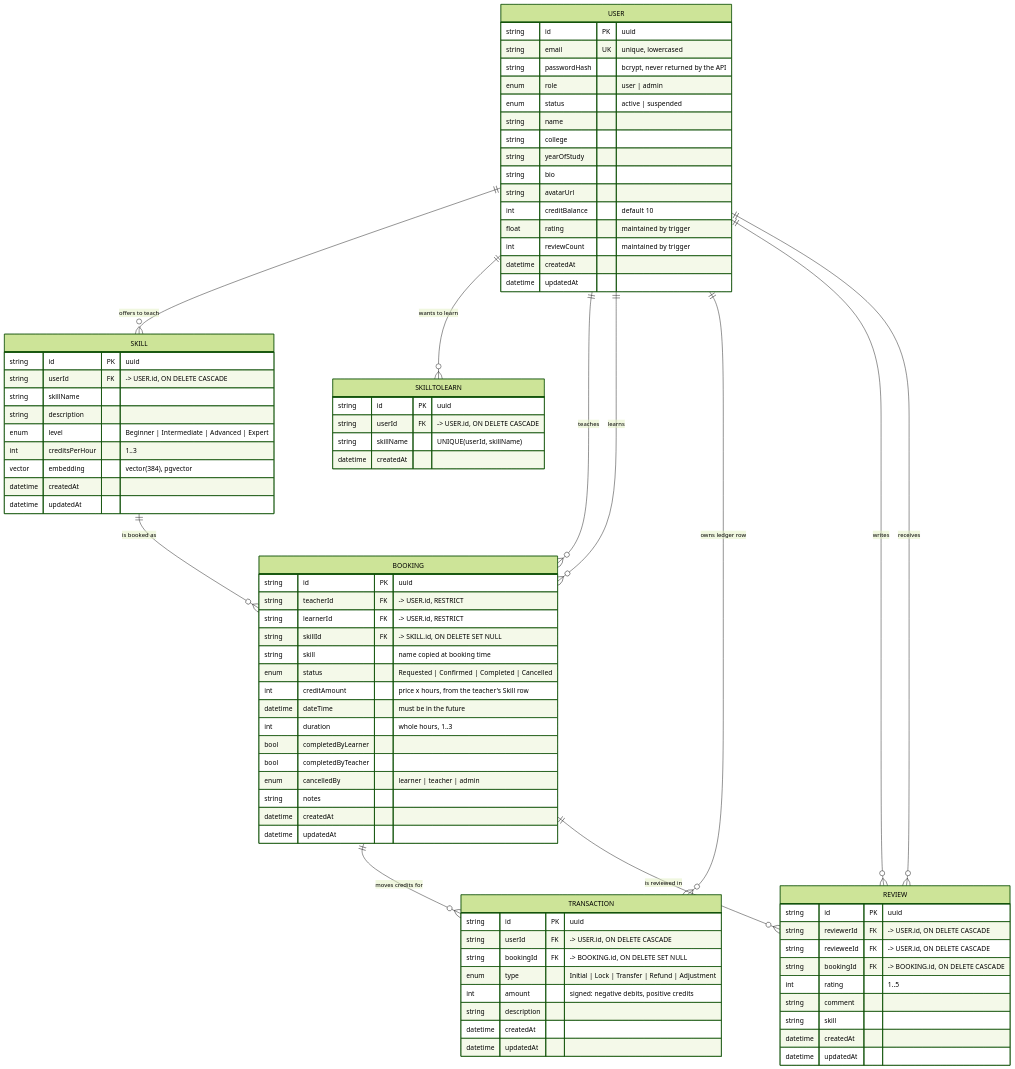
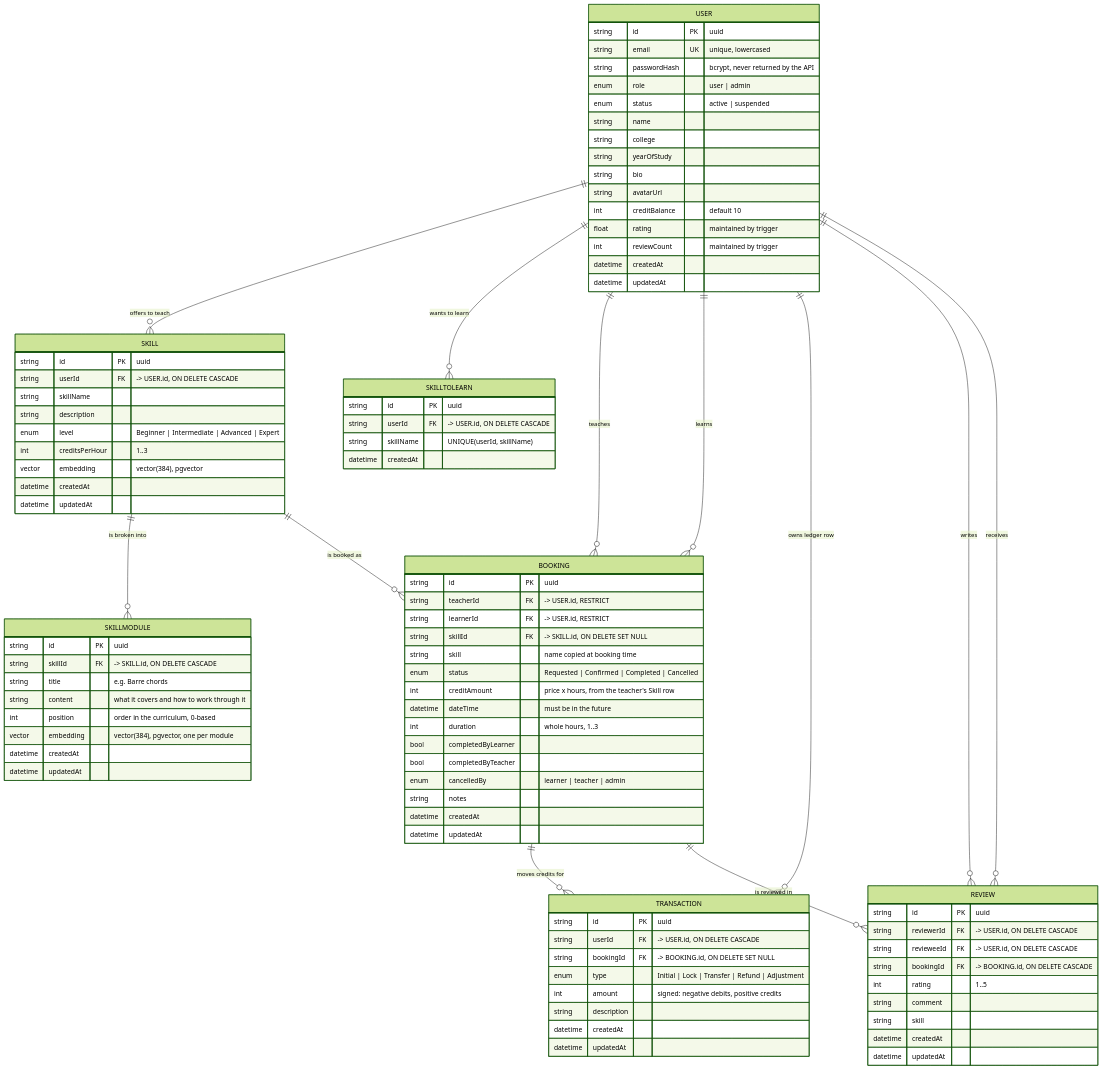
One commit to Sameekshakumar/skill-swap changed the diagram in docs/01-er-diagram.md. Above: the diagram before and after it, drawn with Mermaid (forest theme). The commit also changed other lines of this file and 29 other files, not shown here.

```diff
--- a/docs/01-er-diagram.md
+++ b/docs/01-er-diagram.md
@@ -12,6 +12,7 @@
     USER ||--o{ TRANSACTION : "owns ledger row"
     USER ||--o{ REVIEW : "writes"
     USER ||--o{ REVIEW : "receives"
+    SKILL ||--o{ SKILLMODULE : "is broken into"
     SKILL ||--o{ BOOKING : "is booked as"
     BOOKING ||--o{ TRANSACTION : "moves credits for"
     BOOKING ||--o{ REVIEW : "is reviewed in"
@@ -42,6 +43,17 @@
         enum   level "Beginner | Intermediate | Advanced | Expert"
         int    creditsPerHour "1..3"
         vector embedding "vector(384), pgvector"
+        datetime createdAt
+        datetime updatedAt
+    }
+
+    SKILLMODULE {
+        string id PK "uuid"
+        string skillId FK "-> SKILL.id, ON DELETE CASCADE"
+        string title "e.g. Barre chords"
+        string content "what it covers and how to work through it"
+        int    position "order in the curriculum, 0-based"
+        vector embedding "vector(384), pgvector, one per module"
         datetime createdAt
         datetime updatedAt
     }
```
